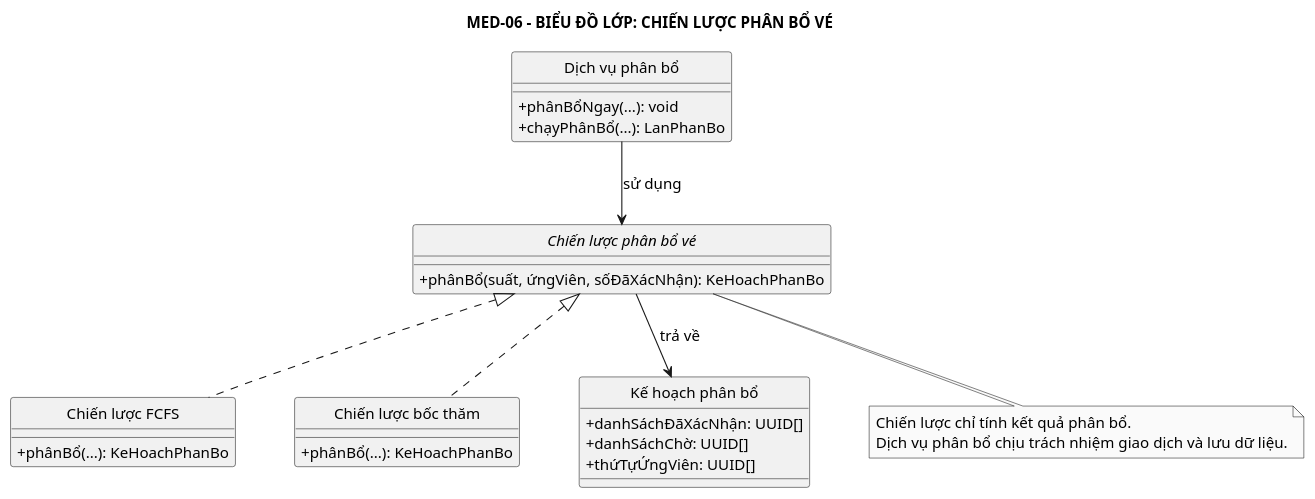
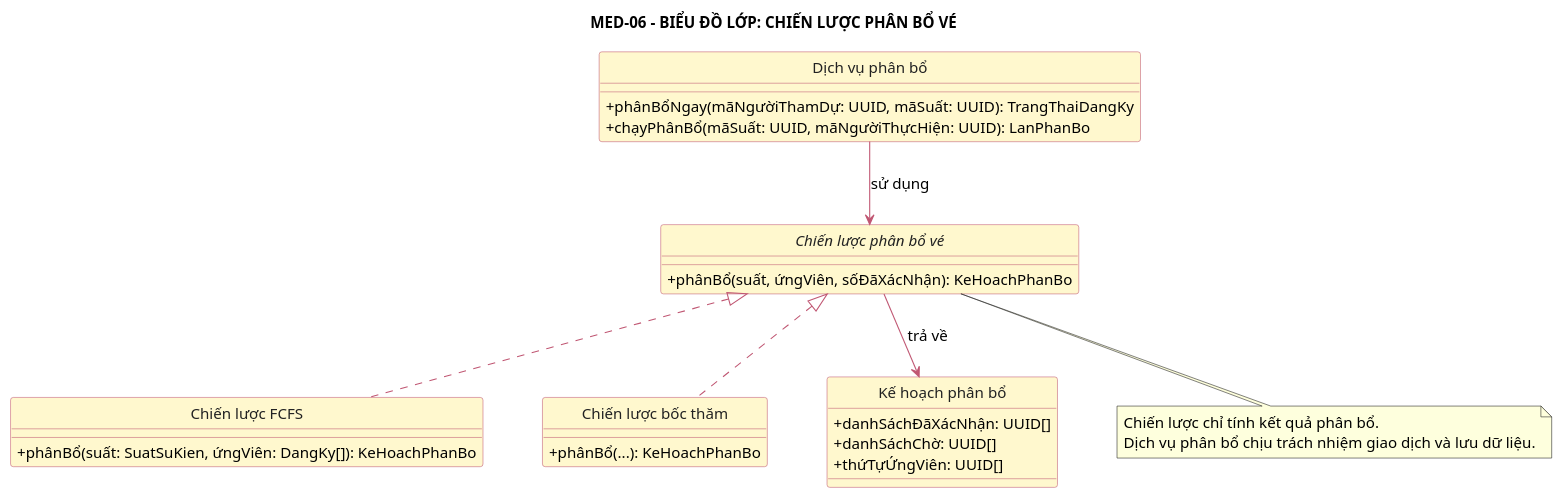
Before and after one commit to anh632k-ui/OOP-DoAn: the diagram in PTTK/03_ClassDiagram/03-class-diagram-strategy.puml, drawn with PlantUML. The commit also changed 5 other files, not shown here.

Commit message:
fix(pttk): liên kết Class, đồng bộ Service, ERD tổng 11 bảng theo mẫu Bài 6

```diff
--- a/PTTK/03_ClassDiagram/03-class-diagram-strategy.puml
+++ b/PTTK/03_ClassDiagram/03-class-diagram-strategy.puml
@@ -1,48 +1,53 @@
 @startuml
+skinparam class {
+ BackgroundColor #FFF8CE
+ BorderColor #C05773
+ ArrowColor #C05773
+ FontColor #222222
+}
 top to bottom direction
-skinparam monochrome true
 skinparam shadowing false
 skinparam classAttributeIconSize 0
 skinparam defaultFontSize 14
 skinparam nodesep 55
 skinparam ranksep 55
 hide circle
 hide stereotypes
 
 title MED-06 - BIỂU ĐỒ LỚP: CHIẾN LƯỢC PHÂN BỔ VÉ
 
 class "Dịch vụ phân bổ" as DVPhanBo {
-  + phânBổNgay(...): void
-  + chạyPhânBổ(...): LanPhanBo
+  + phânBổNgay(mãNgườiThamDự: UUID, mãSuất: UUID): TrangThaiDangKy
+  + chạyPhânBổ(mãSuất: UUID, mãNgườiThựcHiện: UUID): LanPhanBo
 }
 
 interface "Chiến lược phân bổ vé" as ChienLuocPhanBo {
   + phânBổ(suất, ứngViên, sốĐãXácNhận): KeHoachPhanBo
 }
 
 class "Chiến lược FCFS" as ChienLuocFCFS {
-  + phânBổ(...): KeHoachPhanBo
+  + phânBổ(suất: SuatSuKien, ứngViên: DangKy[]): KeHoachPhanBo
 }
 
 class "Chiến lược bốc thăm" as ChienLuocBocTham {
   + phânBổ(...): KeHoachPhanBo
 }
 
 class "Kế hoạch phân bổ" as KeHoachPhanBo {
   + danhSáchĐãXácNhận: UUID[]
   + danhSáchChờ: UUID[]
   + thứTựỨngViên: UUID[]
 }
 
 DVPhanBo --> ChienLuocPhanBo : sử dụng
 ChienLuocPhanBo <|.. ChienLuocFCFS
 ChienLuocPhanBo <|.. ChienLuocBocTham
 ChienLuocPhanBo --> KeHoachPhanBo : trả về
 
 ChienLuocFCFS -[hidden]right- ChienLuocBocTham
 
 note bottom of ChienLuocPhanBo
 Chiến lược chỉ tính kết quả phân bổ.
 Dịch vụ phân bổ chịu trách nhiệm giao dịch và lưu dữ liệu.
 end note
 @enduml
```
